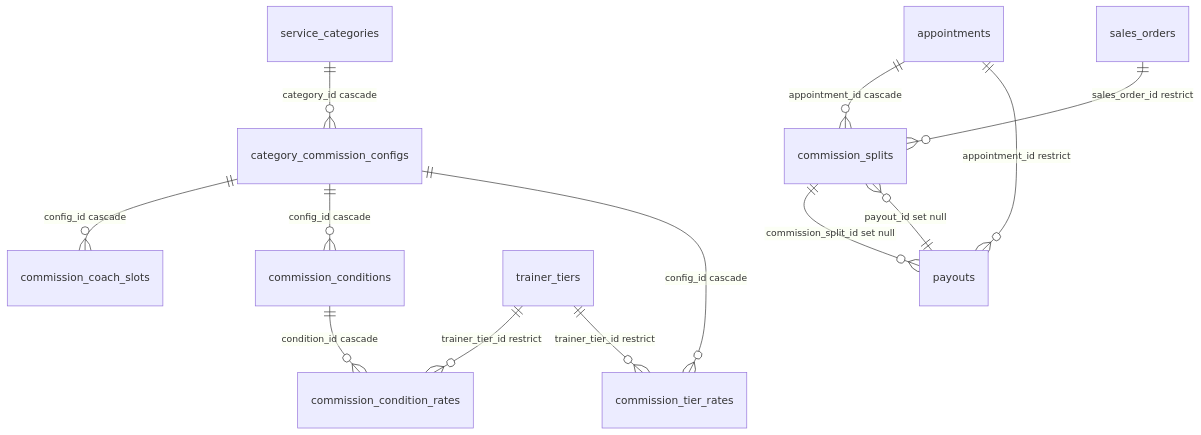
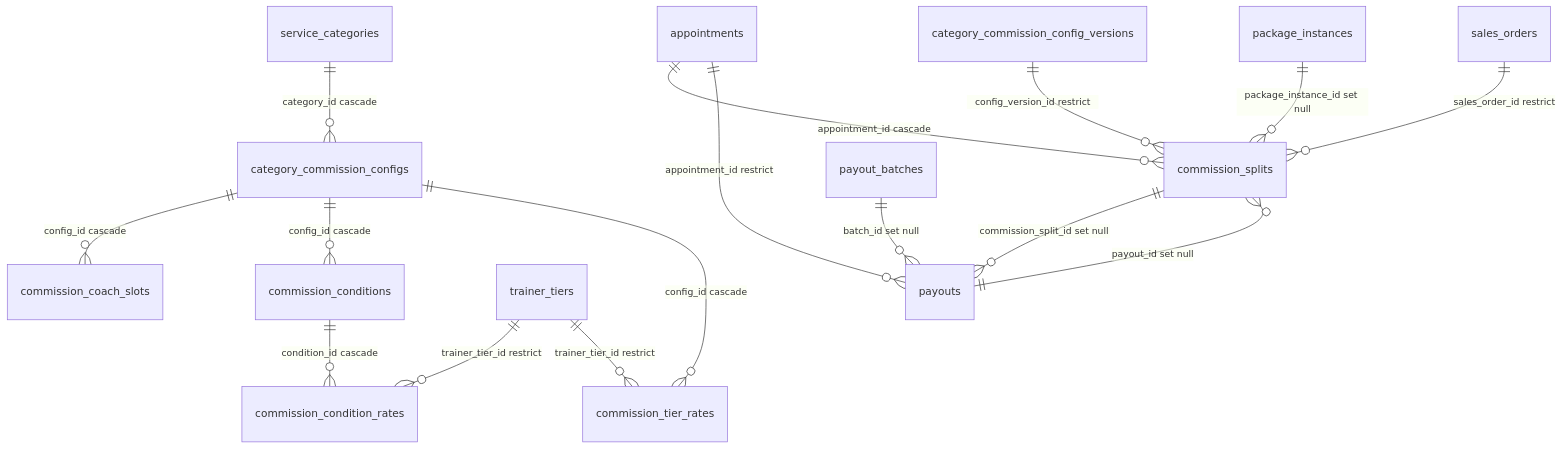
Before and after one commit to developeravantej/Avantej: the third of 9 diagrams in zhub/shared/schema-erd-auto.md, drawn with Mermaid. The commit also changed other lines of this file and 16 other files, not shown here.

````diff
--- a/zhub/shared/schema-erd-auto.md
+++ b/zhub/shared/schema-erd-auto.md
@@ -74,15 +98,18 @@
 ```mermaid
 erDiagram
   service_categories ||--o{ category_commission_configs : "category_id cascade"
   category_commission_configs ||--o{ commission_coach_slots : "config_id cascade"
   commission_conditions ||--o{ commission_condition_rates : "condition_id cascade"
   trainer_tiers ||--o{ commission_condition_rates : "trainer_tier_id restrict"
   category_commission_configs ||--o{ commission_conditions : "config_id cascade"
   appointments ||--o{ commission_splits : "appointment_id cascade"
+  category_commission_config_versions ||--o{ commission_splits : "config_version_id restrict"
+  package_instances ||--o{ commission_splits : "package_instance_id set null"
   payouts ||--o{ commission_splits : "payout_id set null"
   sales_orders ||--o{ commission_splits : "sales_order_id restrict"
   category_commission_configs ||--o{ commission_tier_rates : "config_id cascade"
   trainer_tiers ||--o{ commission_tier_rates : "trainer_tier_id restrict"
   appointments ||--o{ payouts : "appointment_id restrict"
+  payout_batches ||--o{ payouts : "batch_id set null"
   commission_splits ||--o{ payouts : "commission_split_id set null"
 ```
````
